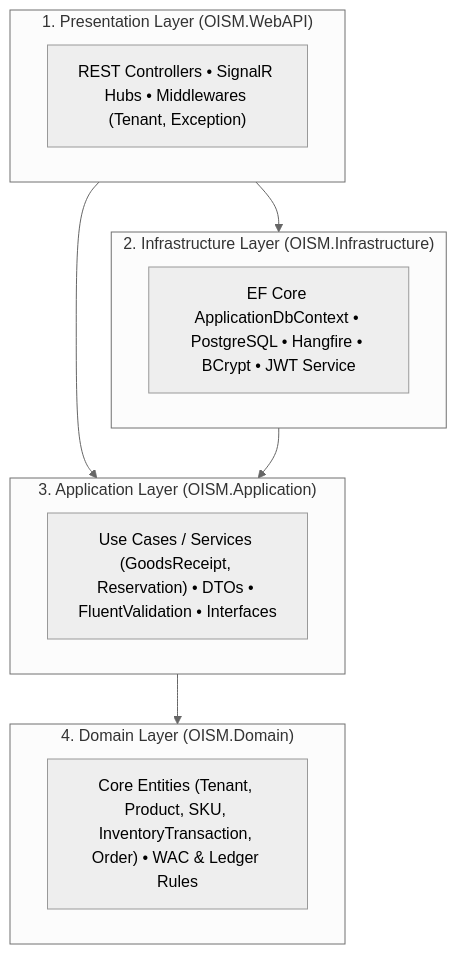
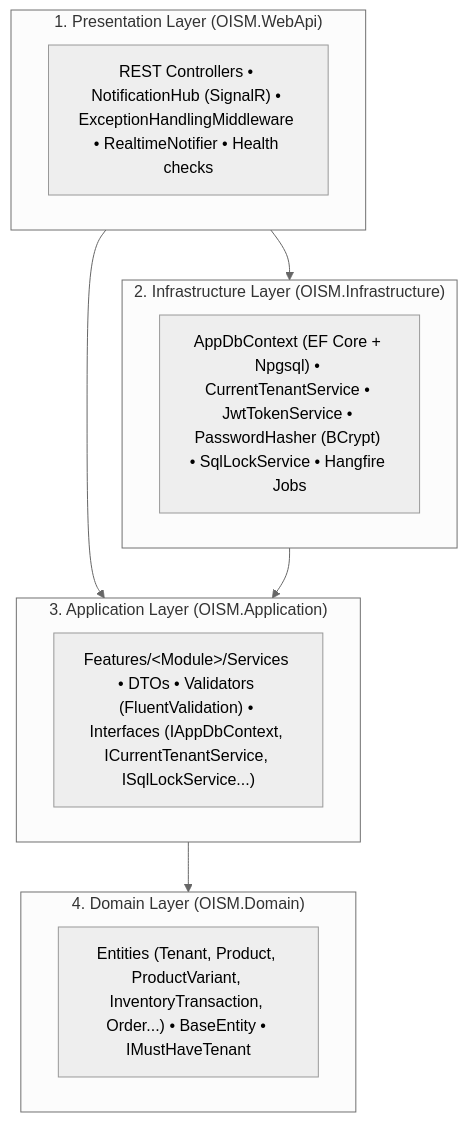
Before and after one commit to khoalvd839764-netizen/OISMS: the diagram in docs/04-architecture-and-design/01-clean-architecture.md, drawn with Mermaid (neutral theme). The commit also changed other lines of this file and 103 other files, not shown here.

````diff
--- a/docs/04-architecture-and-design/01-clean-architecture.md
+++ b/docs/04-architecture-and-design/01-clean-architecture.md
@@ -23,23 +24,23 @@
 ```mermaid
 flowchart TD
-    subgraph Presentation["1. Presentation Layer (OISM.WebAPI)"]
-        Controllers["REST Controllers • SignalR Hubs • Middlewares (Tenant, Exception)"]
+    subgraph Presentation["1. Presentation Layer (OISM.WebApi)"]
+        Controllers["REST Controllers • NotificationHub (SignalR) • ExceptionHandlingMiddleware • RealtimeNotifier • Health checks"]
     end
 
     subgraph Infrastructure["2. Infrastructure Layer (OISM.Infrastructure)"]
-        Infra["EF Core ApplicationDbContext • PostgreSQL • Hangfire • BCrypt • JWT Service"]
+        Infra["AppDbContext (EF Core + Npgsql) • CurrentTenantService • JwtTokenService • PasswordHasher (BCrypt) • SqlLockService • Hangfire Jobs"]
     end
 
     subgraph Application["3. Application Layer (OISM.Application)"]
-        App["Use Cases / Services (GoodsReceipt, Reservation) • DTOs • FluentValidation • Interfaces"]
+        App["Features/&lt;Module&gt;/Services • DTOs • Validators (FluentValidation) • Interfaces (IAppDbContext, ICurrentTenantService, ISqlLockService...)"]
     end
 
     subgraph Domain["4. Domain Layer (OISM.Domain)"]
-        Dom["Core Entities (Tenant, Product, SKU, InventoryTransaction, Order) • WAC & Ledger Rules"]
+        Dom["Entities (Tenant, Product, ProductVariant, InventoryTransaction, Order...) • BaseEntity • IMustHaveTenant"]
     end
 
     Presentation --> Application
     Presentation --> Infrastructure
     Infrastructure --> Application
     Application --> Domain
 ```
````
